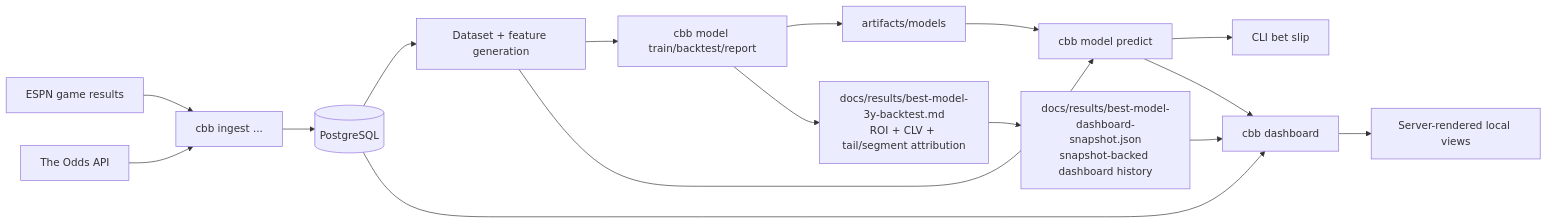
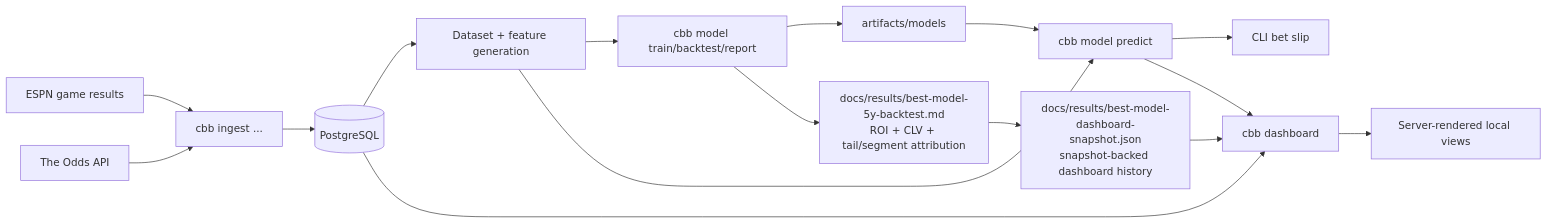
The diagram in cbb-upsets/docs/architecture.md (tomwalsh421-lang/maumau), drawn with Mermaid before and after one commit. The commit also changed other lines of this file and 52 other files, not shown here.

````diff
--- a/cbb-upsets/docs/architecture.md
+++ b/cbb-upsets/docs/architecture.md
@@ -30,32 +31,32 @@
 ```mermaid
 flowchart LR
     ESPN[ESPN game results]
     Odds[The Odds API]
     Ingest[cbb ingest ...]
     PG[(PostgreSQL)]
     Features[Dataset + feature generation]
     Train[cbb model train/backtest/report]
     Predict[cbb model predict]
     UI[cbb dashboard]
     Artifacts[artifacts/models]
-    Report[docs/results/best-model-3y-backtest.md<br/>ROI + CLV + tail/segment attribution]
+    Report[docs/results/best-model-5y-backtest.md<br/>ROI + CLV + tail/segment attribution]
     Snapshot[docs/results/best-model-dashboard-snapshot.json<br/>snapshot-backed dashboard history]
     Slip[CLI bet slip]
     Views[Server-rendered local views]
 
     ESPN --> Ingest
     Odds --> Ingest
     Ingest --> PG
     PG --> Features
     Features --> Train
     Features --> Predict
     Train --> Artifacts
     Train --> Report
     Report --> Snapshot
     Artifacts --> Predict
     Predict --> Slip
     Snapshot --> UI
     Predict --> UI
     PG --> UI
     UI --> Views
 ```
````
